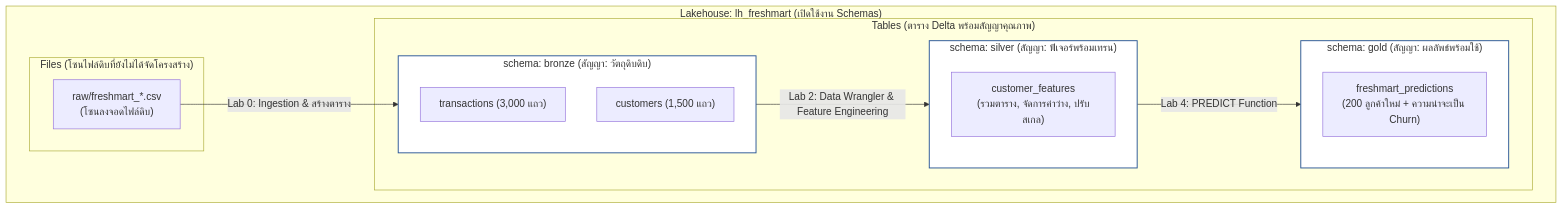
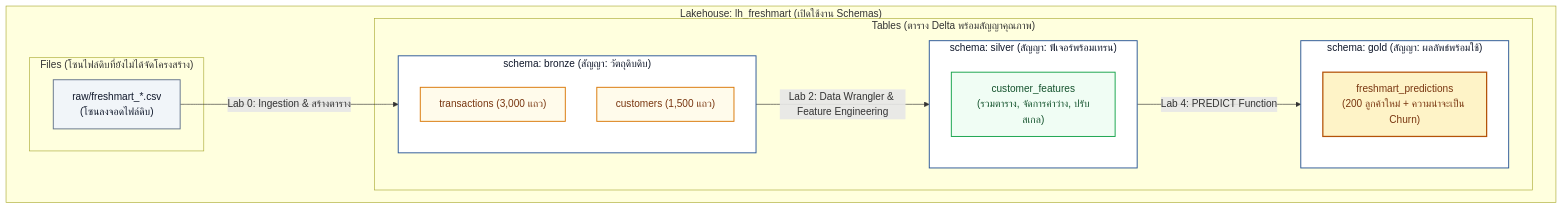
One commit to DataFabric-Academy/ms-fabric-data-science changed the diagram in docs/01-fabric-architecture.md. Above: the diagram before and after it, drawn with Mermaid. The commit also changed 6 other files, not shown here.

````diff
--- a/docs/01-fabric-architecture.md
+++ b/docs/01-fabric-architecture.md
@@ -57,28 +57,37 @@
 ```mermaid
 flowchart TD
     subgraph Lakehouse["Lakehouse: lh_freshmart (เปิดใช้งาน Schemas)"]
         subgraph FilesZone["Files (โซนไฟล์ดิบที่ยังไม่ได้จัดโครงสร้าง)"]
             RAW["raw/freshmart_*.csv<br/>(โซนลงจอดไฟล์ดิบ)"]
         end
 
         subgraph TablesZone["Tables (ตาราง Delta พร้อมสัญญาคุณภาพ)"]
             subgraph BronzeSchema["schema: bronze (สัญญา: วัตถุดิบดิบ)"]
                 BT["transactions (3,000 แถว)"]
                 BC["customers (1,500 แถว)"]
             end
             subgraph SilverSchema["schema: silver (สัญญา: ฟีเจอร์พร้อมเทรน)"]
                 SF["customer_features<br/>(รวมตาราง, จัดการค่าว่าง, ปรับสเกล)"]
             end
             subgraph GoldSchema["schema: gold (สัญญา: ผลลัพธ์พร้อมใช้)"]
                 GP["freshmart_predictions<br/>(200 ลูกค้าใหม่ + ความน่าจะเป็น Churn)"]
             end
         end
     end
 
     RAW -->|Lab 0: Ingestion & สร้างตาราง| BronzeSchema
     BronzeSchema -->|Lab 2: Data Wrangler & Feature Engineering| SilverSchema
     SilverSchema -->|Lab 4: PREDICT Function| GoldSchema
 
-    classDef schemaBox fill:#ffffff,stroke:#2b5797,stroke-width:1.5px;
+    classDef fileNode fill:#f1f5f9,stroke:#64748b,stroke-width:1.5px,color:#0f172a;
+    classDef bronzeNode fill:#fffbeb,stroke:#d97706,stroke-width:1.5px,color:#78350f;
+    classDef silverNode fill:#f0fdf4,stroke:#16a34a,stroke-width:1.5px,color:#14532d;
+    classDef goldNode fill:#fef3c7,stroke:#b45309,stroke-width:2px,color:#78350f;
+    classDef schemaBox fill:#ffffff,stroke:#2b5797,stroke-width:1.5px,color:#0f172a;
+
+    class RAW fileNode;
+    class BT,BC bronzeNode;
+    class SF silverNode;
+    class GP goldNode;
     class BronzeSchema,SilverSchema,GoldSchema schemaBox;
 ```
````
